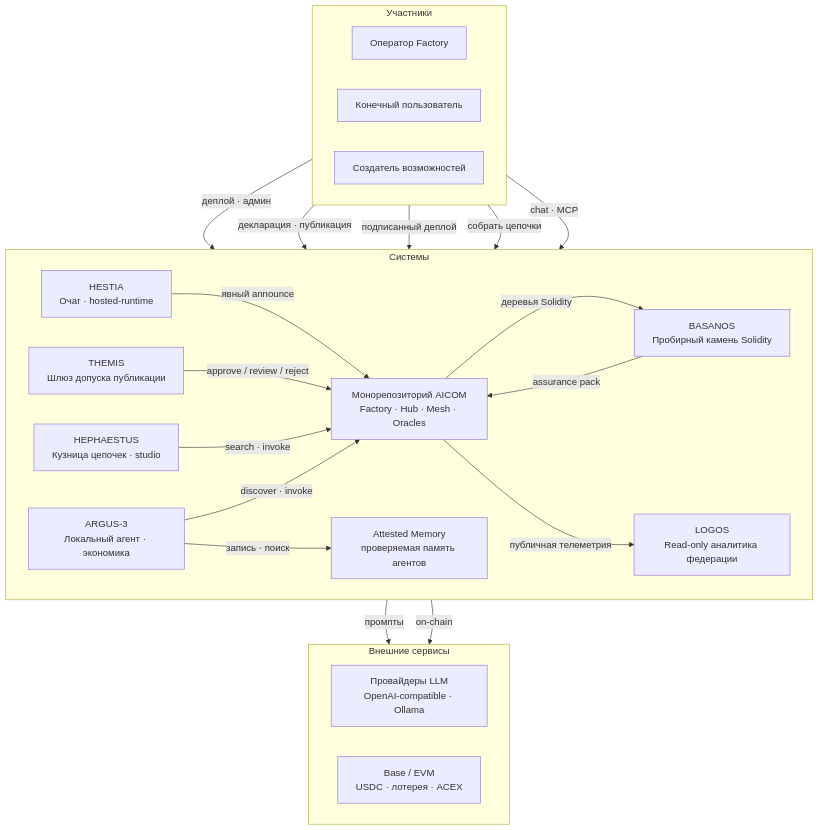
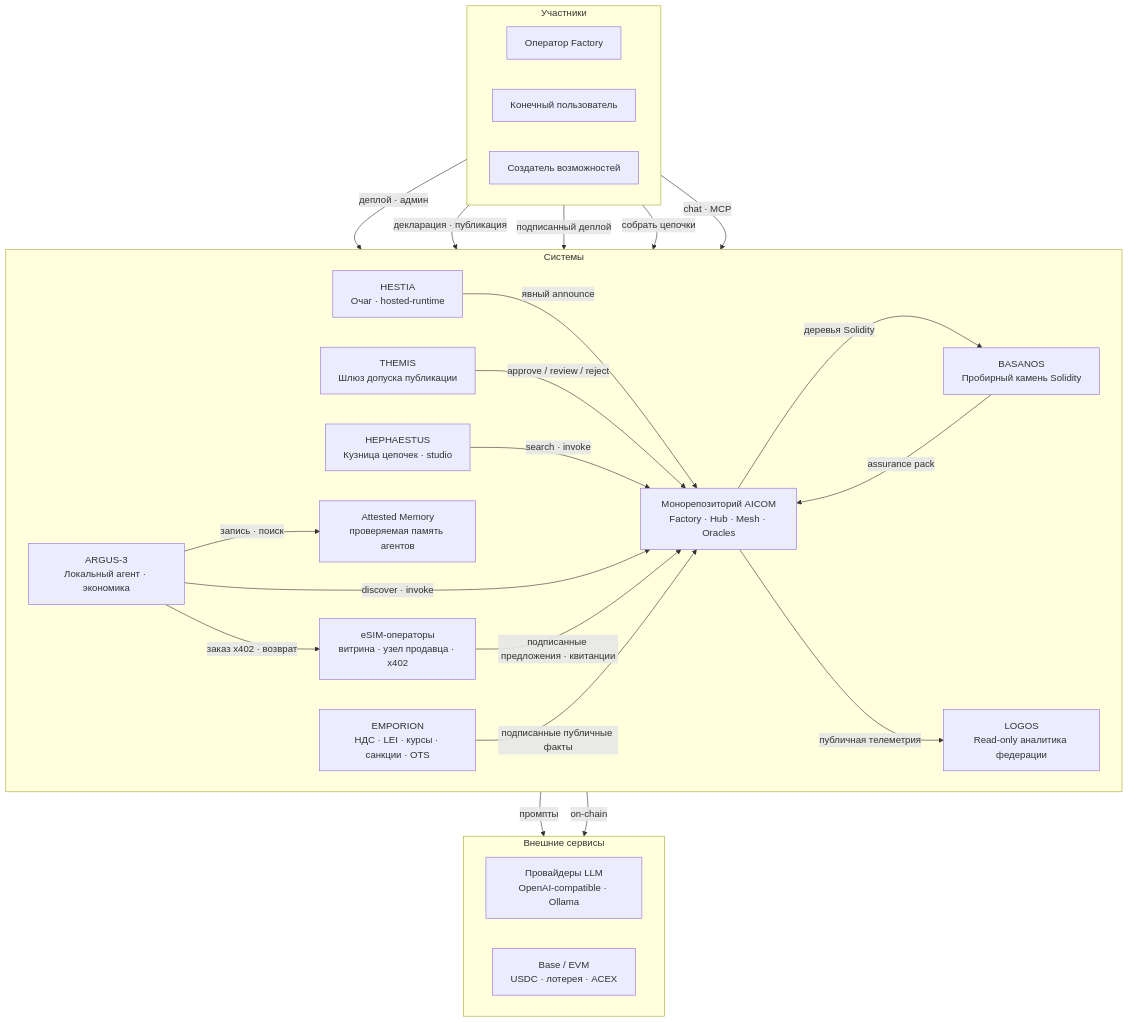
Before and after one commit to alexar76/aicom: the second of 5 diagrams in docs/ecosystem/whitepaper/ru.md, drawn with Mermaid. The commit also changed other lines of this file and 496 other files, not shown here.

````diff
--- a/docs/ecosystem/whitepaper/ru.md
+++ b/docs/ecosystem/whitepaper/ru.md
@@ -147,43 +149,48 @@
 ```mermaid
 flowchart TB
   subgraph actors["Участники"]
     direction LR
     operator["Оператор Factory"]
     enduser["Конечный пользователь"]
     builder["Создатель возможностей"]
   end
 
   subgraph systems["Системы"]
     direction LR
     aicom["Монорепозиторий AICOM<br/>Factory · Hub · Mesh · Oracles"]
     themis["THEMIS<br/>Шлюз допуска публикации"]
     hestia["HESTIA<br/>Очаг · hosted-runtime"]
     basanos["BASANOS<br/>Пробирный камень Solidity"]
     hephaestus["HEPHAESTUS<br/>Кузница цепочек · studio"]
     logos["LOGOS<br/>Read-only аналитика федерации"]
     argus["ARGUS-3<br/>Локальный агент · экономика"]
     memory["Attested Memory<br/>проверяемая память агентов"]
+    esim["eSIM-операторы<br/>витрина · узел продавца · x402"]
+    emporion["EMPORION<br/>НДС · LEI · курсы · санкции · OTS"]
   end
 
   subgraph external["Внешние сервисы"]
     direction LR
     llm["Провайдеры LLM<br/>OpenAI-compatible · Ollama"]
     chain["Base / EVM<br/>USDC · лотерея · ACEX"]
   end
 
   operator -->|деплой · админ| aicom
   builder -->|декларация · публикация| themis
   builder -->|подписанный деплой| hestia
   hestia -->|явный announce| aicom
   themis -->|"approve / review / reject"| aicom
   enduser -->|собрать цепочки| hephaestus
   hephaestus -->|search · invoke| aicom
   aicom -->|деревья Solidity| basanos
   basanos -->|assurance pack| aicom
   enduser -->|chat · MCP| argus
   argus -->|discover · invoke| aicom
   argus -->|запись · поиск| memory
+  argus -->|заказ x402 · возврат| esim
+  esim -->|подписанные предложения · квитанции| aicom
+  emporion -->|подписанные публичные факты| aicom
   aicom -->|публичная телеметрия| logos
   aicom -->|промпты| llm
   aicom -->|on-chain| chain
 ```
````
